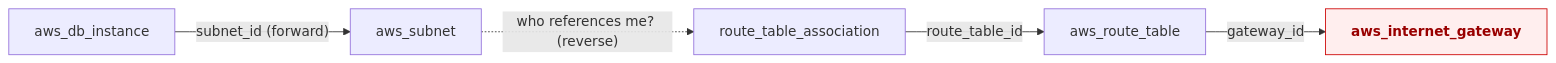
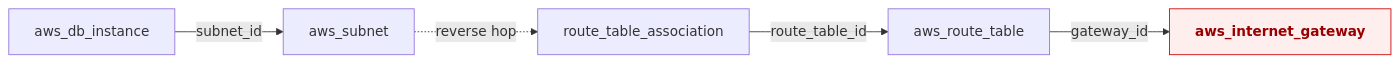
One commit to ealmachado-eng/dotzen changed the second of 2 diagrams in packages/cli/README.md. Above: the diagram before and after it, drawn with Mermaid. The commit also changed other lines of this file and 1 other file, not shown here.

Commit message:
docs: fix mermaid diagrams for GitHub renderer (no backticks in labels)

````diff
--- a/packages/cli/README.md
+++ b/packages/cli/README.md
@@ -128,9 +128,9 @@
 ```mermaid
 flowchart LR
-  DB["aws_db_instance"] -->|"subnet_id (forward)"| SUB["aws_subnet"]
-  SUB -.->|"who references me? (reverse)"| RTA["route_table_association"]
-  RTA -->|"route_table_id"| RT["aws_route_table"]
-  RT -->|"gateway_id"| IGW["aws_internet_gateway"]
-  classDef target fill:#fee,stroke:#c00,color:#900,font-weight:bold;
-  class IGW target;
+  DB[aws_db_instance] -->|subnet_id| SUB[aws_subnet]
+  SUB -. reverse hop .-> RTA[route_table_association]
+  RTA -->|route_table_id| RT[aws_route_table]
+  RT -->|gateway_id| IGW[aws_internet_gateway]
+  classDef target fill:#fee,stroke:#c00,color:#900,font-weight:bold
+  class IGW target
 ```
````
